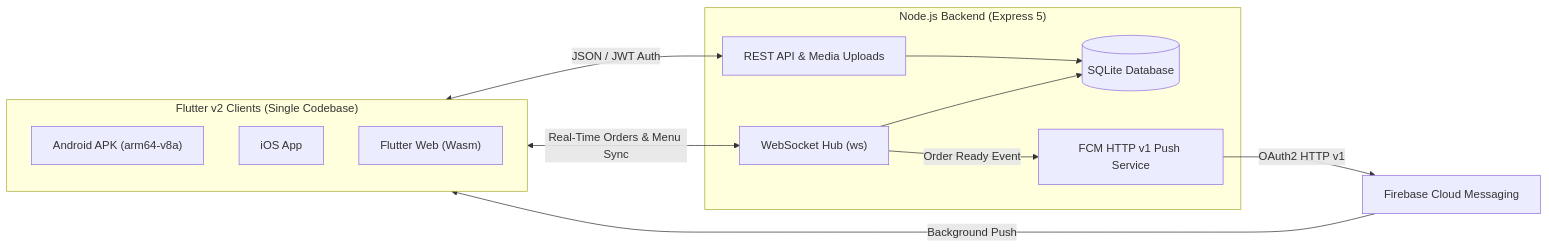
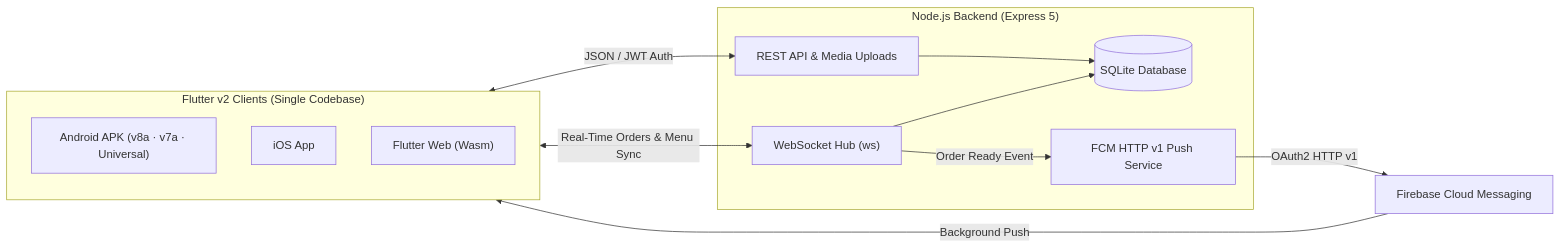
One commit to e6ad2020/EVA_Canteen changed the diagram in README.md. Above: the diagram before and after it, drawn with Mermaid. The commit also changed other lines of this file, not shown here.

Commit message:
docs(readme): link Android APK downloads to GitHub Releases (v8a, v7a & universal)

````diff
--- a/README.md
+++ b/README.md
@@ -121,25 +121,25 @@
 ```mermaid
 flowchart LR
     subgraph Clients["Flutter v2 Clients (Single Codebase)"]
-        A["Android APK (arm64-v8a)"]
+        A["Android APK (v8a · v7a · Universal)"]
         I["iOS App"]
         W["Flutter Web (Wasm)"]
     end
 
     subgraph Backend["Node.js Backend (Express 5)"]
         API["REST API & Media Uploads"]
         WS["WebSocket Hub (ws)"]
         PUSH["FCM HTTP v1 Push Service"]
         DB[("SQLite Database")]
     end
 
     FCM["Firebase Cloud Messaging"]
 
     Clients <-->|"JSON / JWT Auth"| API
     Clients <-->|"Real-Time Orders & Menu Sync"| WS
     API --> DB
     WS --> DB
     WS -->|"Order Ready Event"| PUSH
     PUSH -->|"OAuth2 HTTP v1"| FCM
     FCM -->|"Background Push"| Clients
 ```
````
